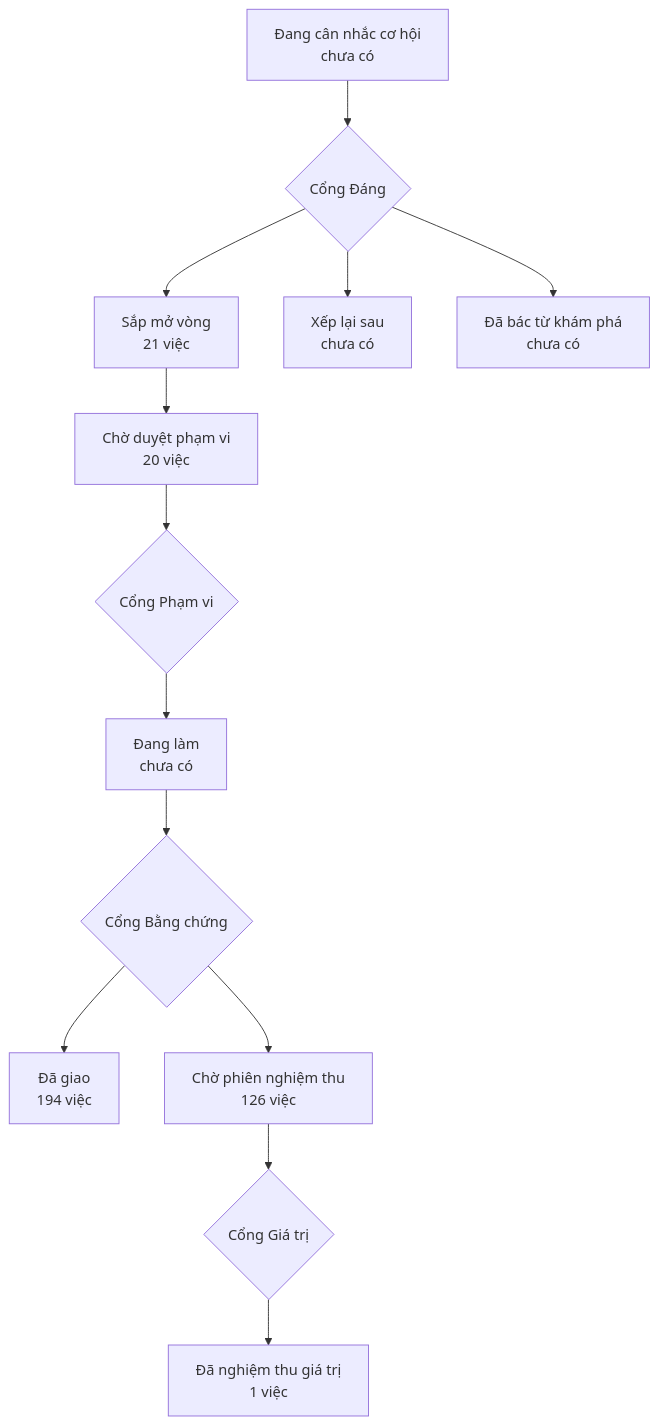
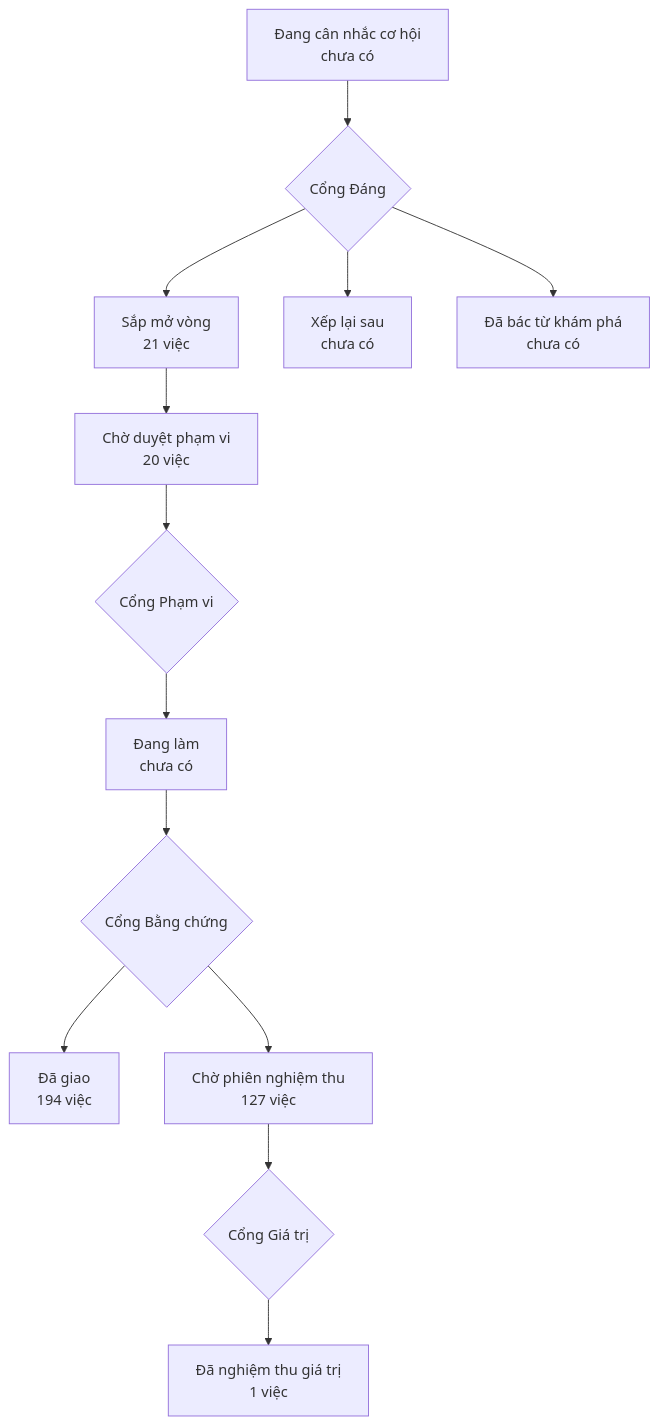
The diagram in PRODUCT-MAP.md (phanlemanh/onehub-invest), drawn with Mermaid before and after one commit. The commit also changed other lines of this file and 52 other files, not shown here.

````diff
--- a/PRODUCT-MAP.md
+++ b/PRODUCT-MAP.md
@@ -7,12 +7,12 @@
 ```mermaid
 flowchart TD
   A["Đang cân nhắc cơ hội<br/>chưa có"] --> GD{"Cổng Đáng"}
   GD --> B["Sắp mở vòng<br/>21 việc"]
   GD --> XL["Xếp lại sau<br/>chưa có"]
   GD --> DB["Đã bác từ khám phá<br/>chưa có"]
   B --> CD["Chờ duyệt phạm vi<br/>20 việc"] --> GP{"Cổng Phạm vi"}
   GP --> DL["Đang làm<br/>chưa có"] --> GB{"Cổng Bằng chứng"}
   GB --> DG["Đã giao<br/>194 việc"]
-  GB --> CN["Chờ phiên nghiệm thu<br/>126 việc"] --> GG{"Cổng Giá trị"}
+  GB --> CN["Chờ phiên nghiệm thu<br/>127 việc"] --> GG{"Cổng Giá trị"}
   GG --> NT["Đã nghiệm thu giá trị<br/>1 việc"]
 ```
````
